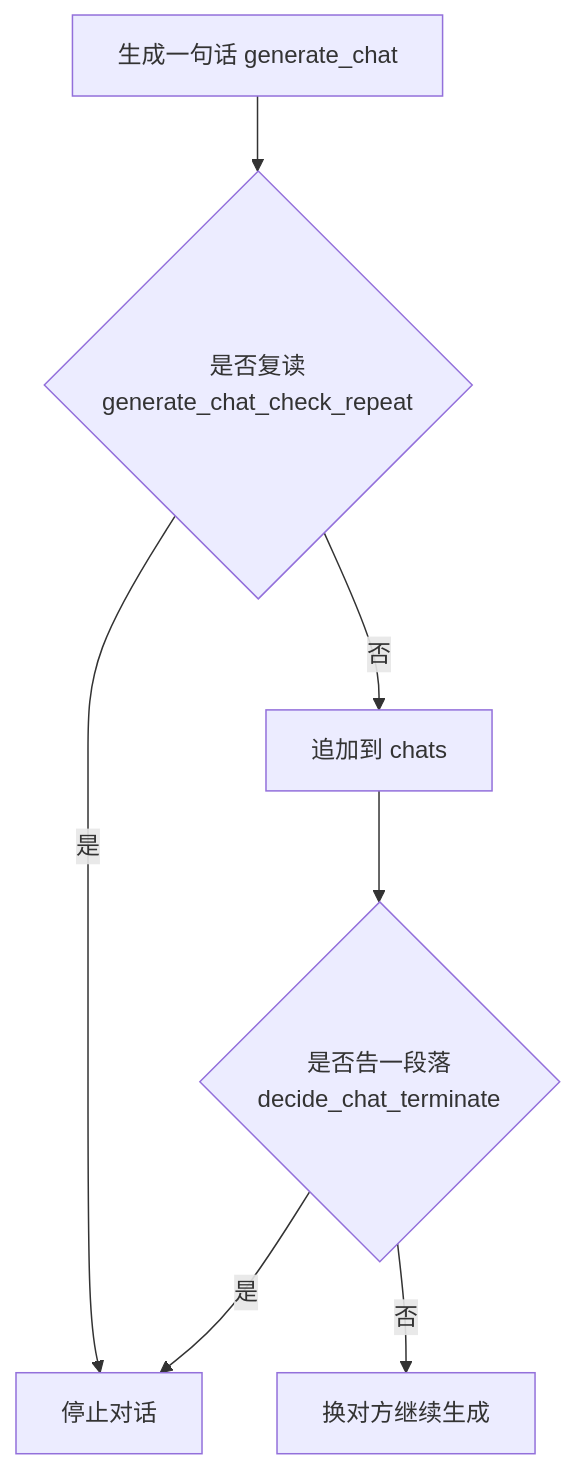
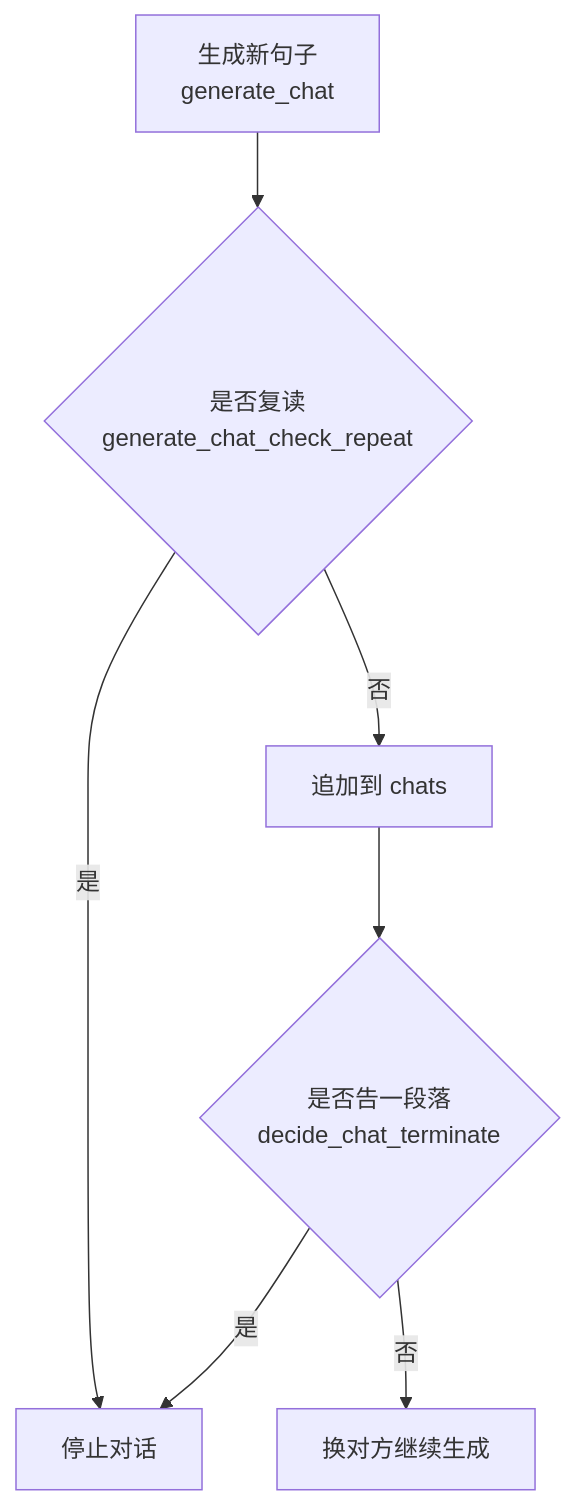
One commit to tbkken/GenerativeAgentsCN changed the second of 2 diagrams in docs/book/manuscript/part_01/chapter_10.md. Above: the diagram before and after it, drawn with Mermaid. The commit also changed other lines of this file and 78 other files, not shown here.

````diff
--- a/docs/book/manuscript/part_01/chapter_10.md
+++ b/docs/book/manuscript/part_01/chapter_10.md
@@ -238,9 +319,9 @@
 ```mermaid
 flowchart TD
-    A["生成一句话 generate_chat"] --> B{"是否复读<br/>generate_chat_check_repeat"}
+    A["生成新句子<br/>generate_chat"] --> B{"是否复读<br/>generate_chat_check_repeat"}
     B -->|是| E["停止对话"]
     B -->|否| C["追加到 chats"]
     C --> D{"是否告一段落<br/>decide_chat_terminate"}
     D -->|是| E
     D -->|否| F["换对方继续生成"]
 ```
````
